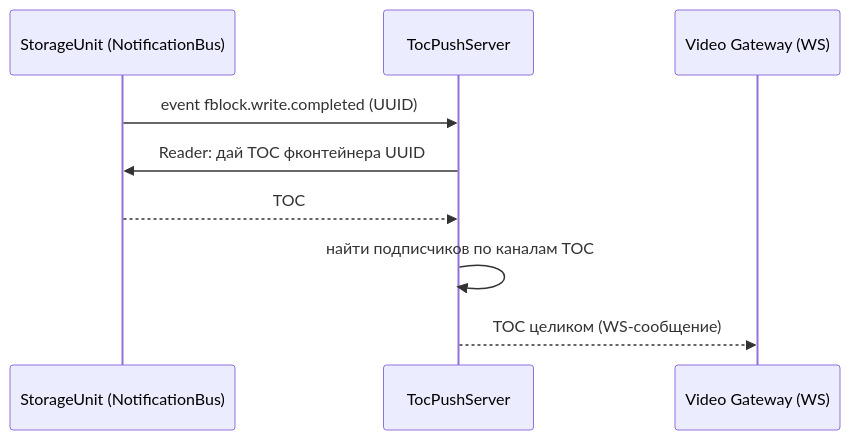
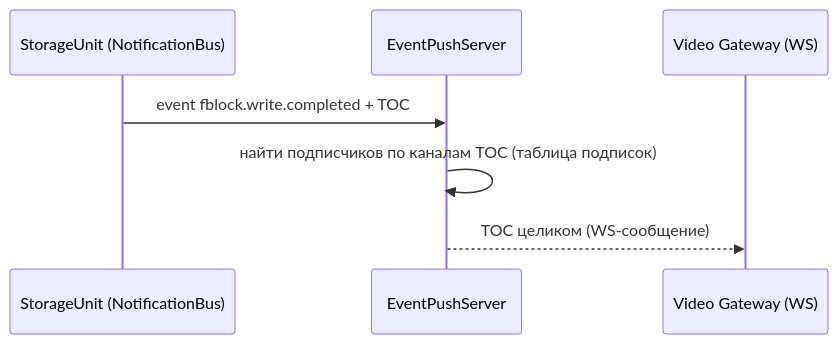
The fourth of 5 diagrams in docs/docs/archive/10-service-composition.md (traycers/farc), drawn with Mermaid before and after one commit. The commit also changed other lines of this file and 8 other files, not shown here.

````diff
--- a/docs/docs/archive/10-service-composition.md
+++ b/docs/docs/archive/10-service-composition.md
@@ -189,12 +185,10 @@
 ```mermaid
 sequenceDiagram
     participant SU as StorageUnit (NotificationBus)
-    participant TP as TocPushServer
+    participant EP as EventPushServer
     participant VG as Video Gateway (WS)
 
-    SU->>TP: event fblock.write.completed (UUID)
-    TP->>SU: Reader: дай TOC фконтейнера UUID
-    SU-->>TP: TOC
-    TP->>TP: найти подписчиков по каналам TOC
-    TP-->>VG: TOC целиком (WS-сообщение)
+    SU->>EP: event fblock.write.completed + TOC
+    EP->>EP: найти подписчиков по каналам TOC (таблица подписок)
+    EP-->>VG: TOC целиком (WS-сообщение)
 ```
````
